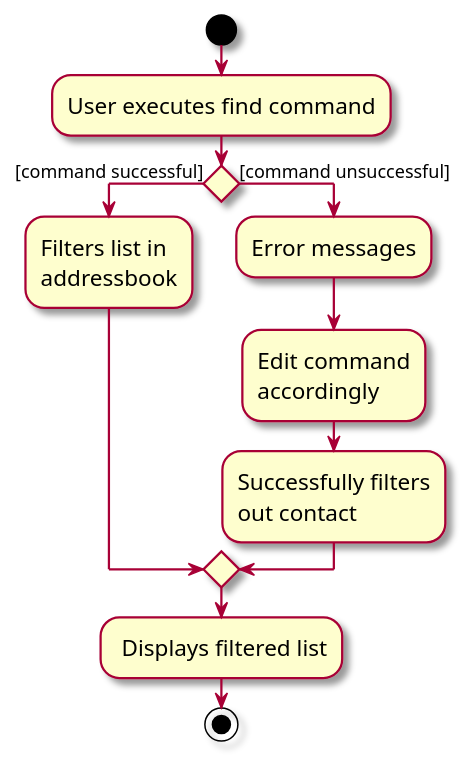
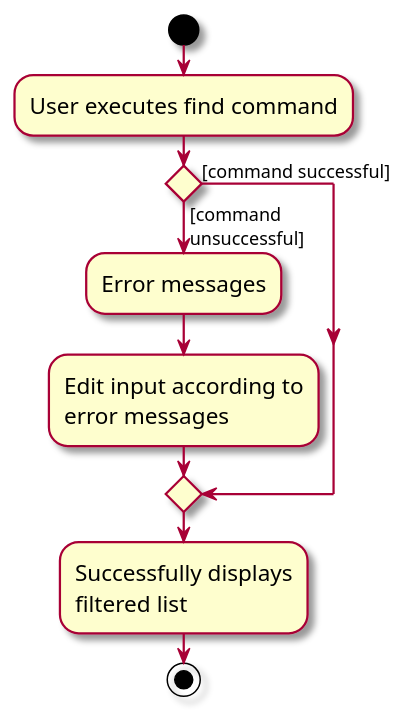
One commit to tengcharmaine/tp changed the diagram in docs/diagrams/FindCommandActivityDiagram.puml. Above: the diagram before and after it, drawn with PlantUML. The commit also changed 5 other files, not shown here.

Commit message:
Update activity diagram for commands

```diff
--- a/docs/diagrams/FindCommandActivityDiagram.puml
+++ b/docs/diagrams/FindCommandActivityDiagram.puml
@@ -1,23 +1,21 @@
 @startuml
 skin rose
 skinparam ActivityFontSize 15
 skinparam ArrowFontSize 12
 start
 :User executes find command;
 
 'Since the beta syntax does not support placing the condition outside the
 'diamond we place it as the true branch instead.
 
 if () then ([command successful])
-    :Filters list in
-    addressbook;
-else ([command unsuccessful])
+else ([command
+unsuccessful])
     :Error messages;
-    :Edit command
-    accordingly;
-    :Successfully filters
-    out contact;
+    :Edit input according to
+    error messages;
 endif
-: Displays filtered list;
+    :Successfully displays
+    filtered list;
 stop
 @enduml
```
